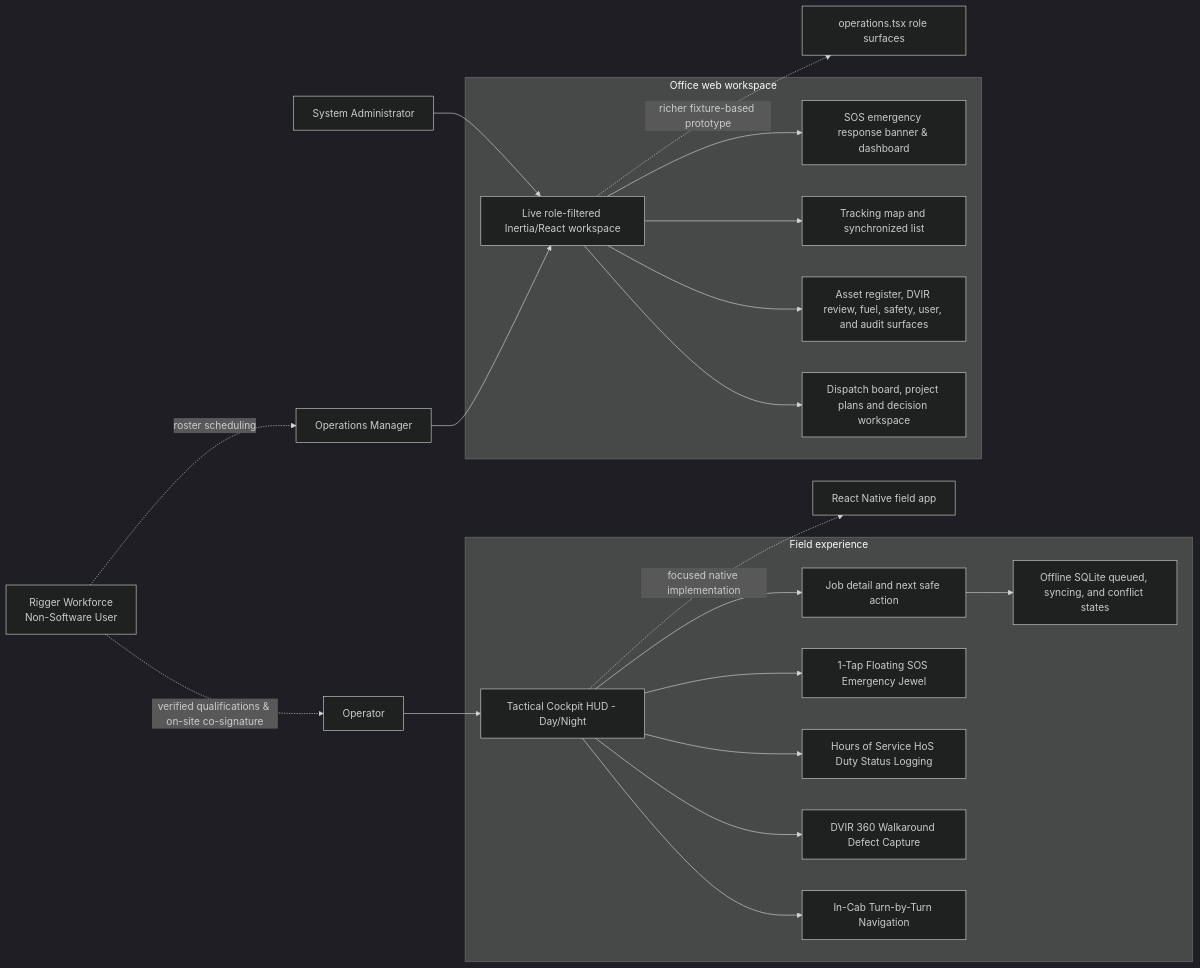
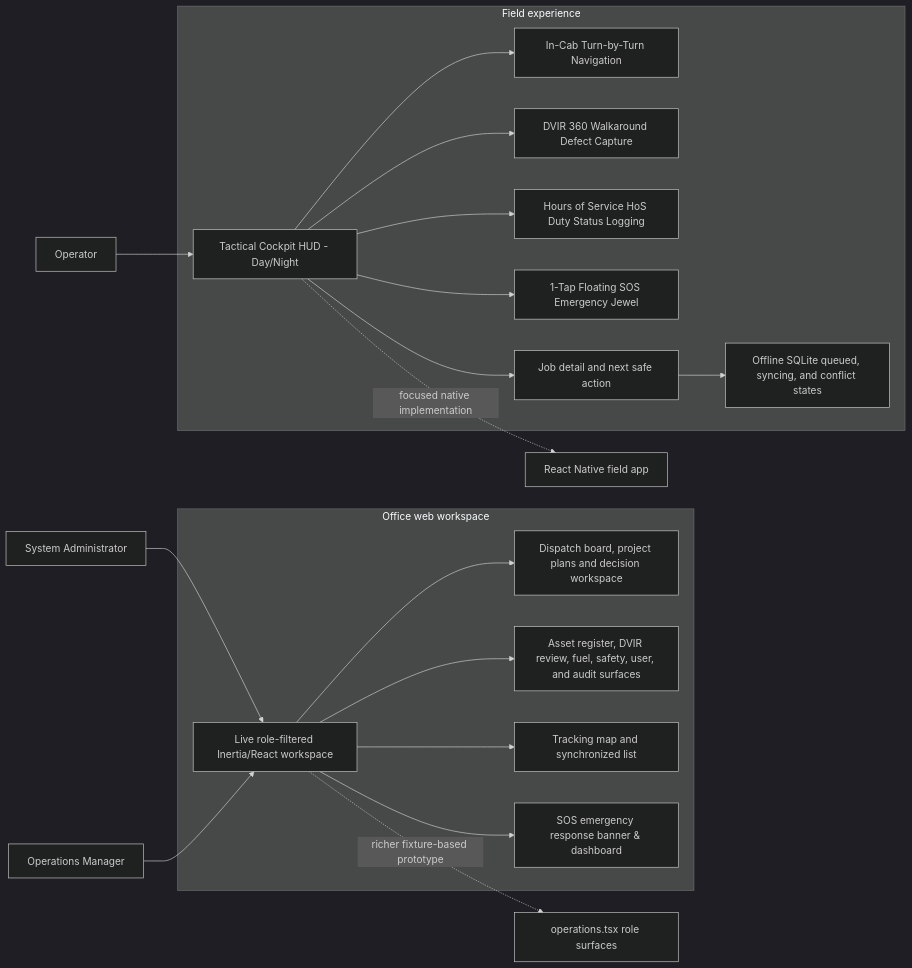
Before and after one commit to Darktodoom123/Core-2: the fourth of 5 diagrams in Docs/design/Diagrams/module-boundary.md, drawn with Mermaid (dark theme). The commit also changed 61 other files, not shown here.

````diff
--- a/Docs/design/Diagrams/module-boundary.md
+++ b/Docs/design/Diagrams/module-boundary.md
@@ -153,39 +153,36 @@
 ```mermaid
 flowchart LR
     subgraph Office[Office web workspace]
         W[Live role-filtered Inertia/React workspace]
         B[Dispatch board, project plans and decision workspace]
         R[Asset register, DVIR review, fuel, safety, user, and audit surfaces]
         T[Tracking map and synchronized list]
         E[SOS emergency response banner & dashboard]
         W --> B
         W --> R
         W --> T
         W --> E
     end
 
     subgraph Field[Field experience]
         M[Tactical Cockpit HUD - Day/Night]
         N[In-Cab Turn-by-Turn Navigation]
         D[DVIR 360 Walkaround Defect Capture]
         H[Hours of Service HoS Duty Status Logging]
         S[1-Tap Floating SOS Emergency Jewel]
         J[Job detail and next safe action]
         O[Offline SQLite queued, syncing, and conflict states]
         M --> N
         M --> D
         M --> H
         M --> S
         M --> J --> O
     end
 
     SA[System Administrator] --> W
     OM[Operations Manager] --> W
     CO[Operator] --> M
 
-    RG[Rigger Workforce\nNon-Software User] -. verified qualifications & on-site co-signature .-> CO
-    RG -. roster scheduling .-> OM
-
     W -. richer fixture-based prototype .-> P[operations.tsx role surfaces]
     M -. focused native implementation .-> RN[React Native field app]
 ```
````
